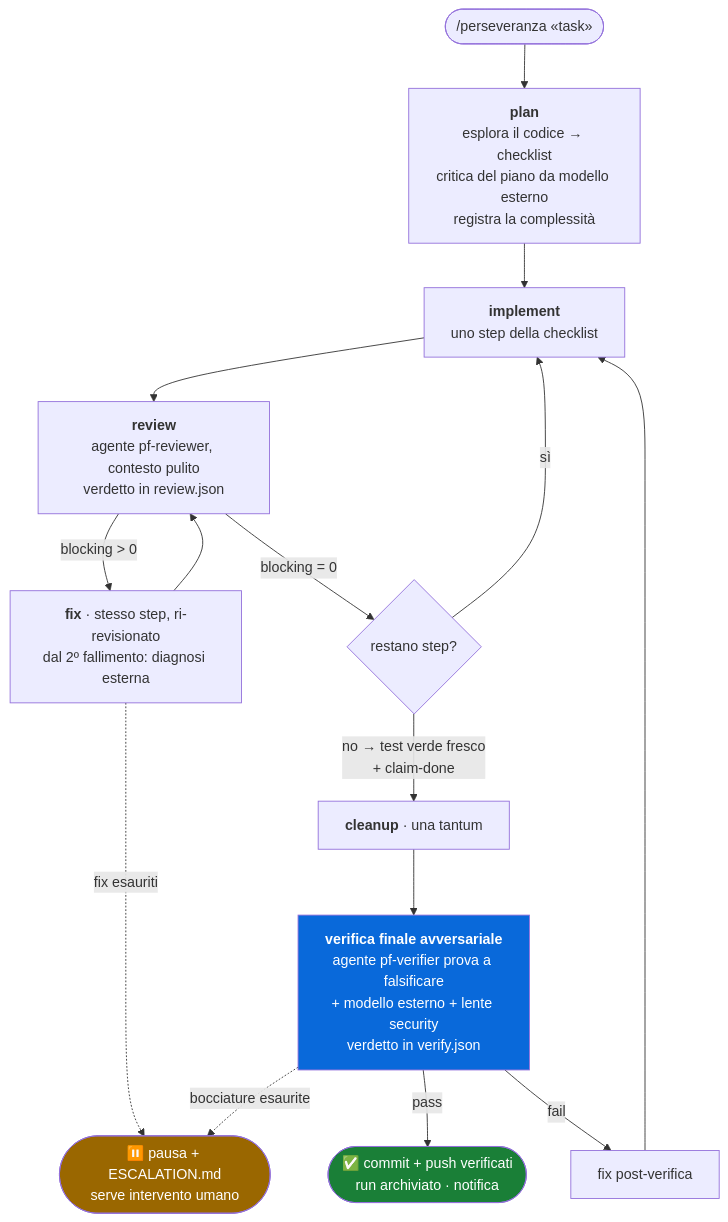
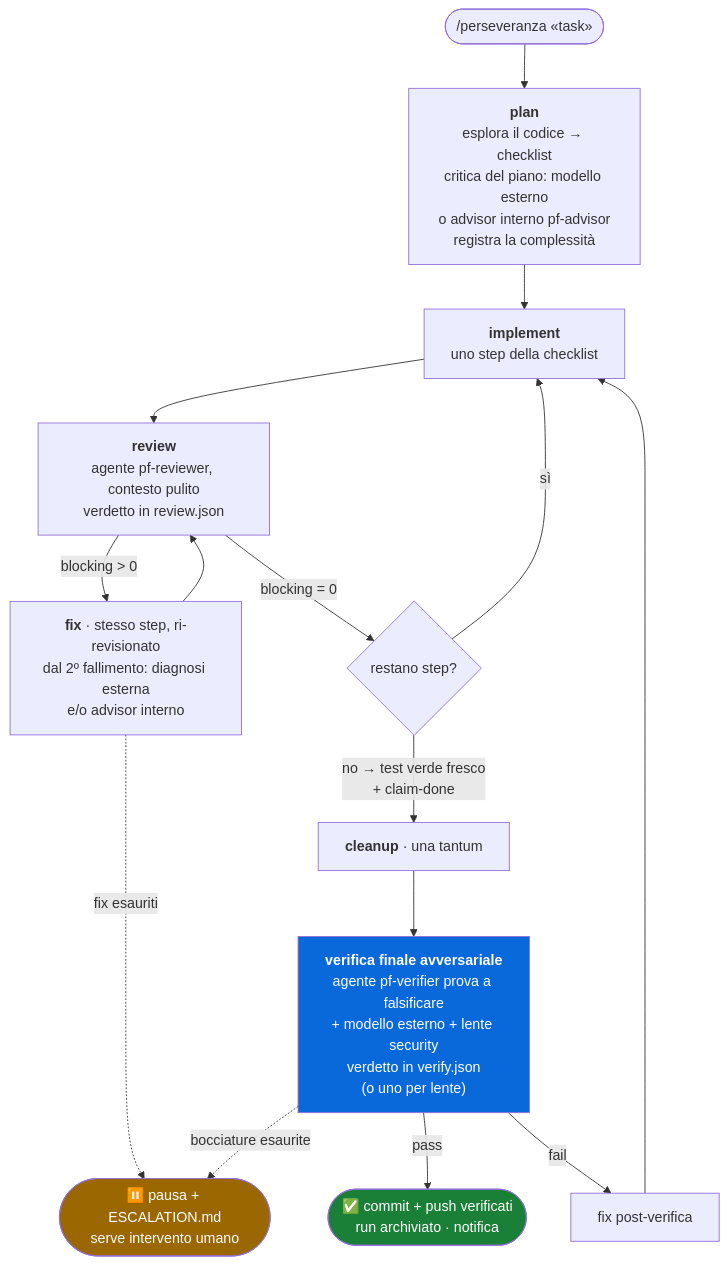
Before and after one commit to ilmondovero/perseveranza: the diagram in README.md, drawn with Mermaid. The commit also changed other lines of this file and 28 other files, not shown here.

First line of the commit message:
feat: verifica finale a lenti e advisor interno (2.6.0)

````diff
--- a/README.md
+++ b/README.md
@@ -79,22 +79,22 @@
 ```mermaid
 flowchart TD
     START(["/perseveranza «task»"]) --> PLAN
-    PLAN["<b>plan</b><br/>esplora il codice → checklist<br/>critica del piano da modello esterno<br/>registra la complessità"] --> IMPL
+    PLAN["<b>plan</b><br/>esplora il codice → checklist<br/>critica del piano: modello esterno<br/>o advisor interno pf-advisor<br/>registra la complessità"] --> IMPL
     IMPL["<b>implement</b><br/>uno step della checklist"] --> REV
     REV["<b>review</b><br/>agente pf-reviewer, contesto pulito<br/>verdetto in review.json"] -- "blocking > 0" --> FIX
-    FIX["<b>fix</b> · stesso step, ri-revisionato<br/>dal 2º fallimento: diagnosi esterna"] --> REV
+    FIX["<b>fix</b> · stesso step, ri-revisionato<br/>dal 2º fallimento: diagnosi esterna<br/>e/o advisor interno"] --> REV
     REV -- "blocking = 0" --> NEXT{"restano step?"}
     NEXT -- "sì" --> IMPL
     NEXT -- "no → test verde fresco<br/>+ claim-done" --> CLEAN
     CLEAN["<b>cleanup</b> · una tantum"] --> VERIFY
-    VERIFY["<b>verifica finale avversariale</b><br/>agente pf-verifier prova a falsificare<br/>+ modello esterno + lente security<br/>verdetto in verify.json"] -- "pass" --> DONE
+    VERIFY["<b>verifica finale avversariale</b><br/>agente pf-verifier prova a falsificare<br/>+ modello esterno + lente security<br/>verdetto in verify.json<br/>(o uno per lente)"] -- "pass" --> DONE
     VERIFY -- "fail" --> POSTFIX["fix post-verifica"] --> IMPL
     FIX -. "fix esauriti" .-> PAUSE
     VERIFY -. "bocciature esaurite" .-> PAUSE
     DONE(["✅ commit + push verificati<br/>run archiviato · notifica"])
     PAUSE(["⏸️ pausa + ESCALATION.md<br/>serve intervento umano"])
 
     style DONE fill:#1a7f37,color:#fff
     style PAUSE fill:#9a6700,color:#fff
     style VERIFY fill:#0969da,color:#fff
 ```
````
